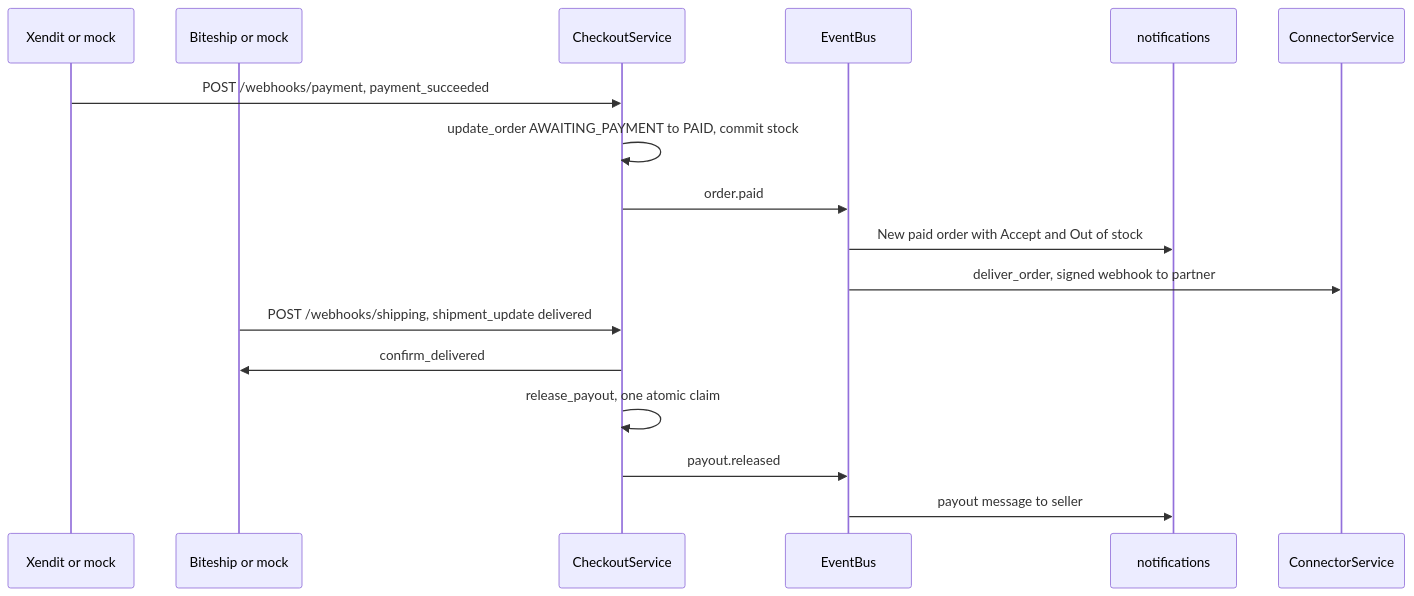
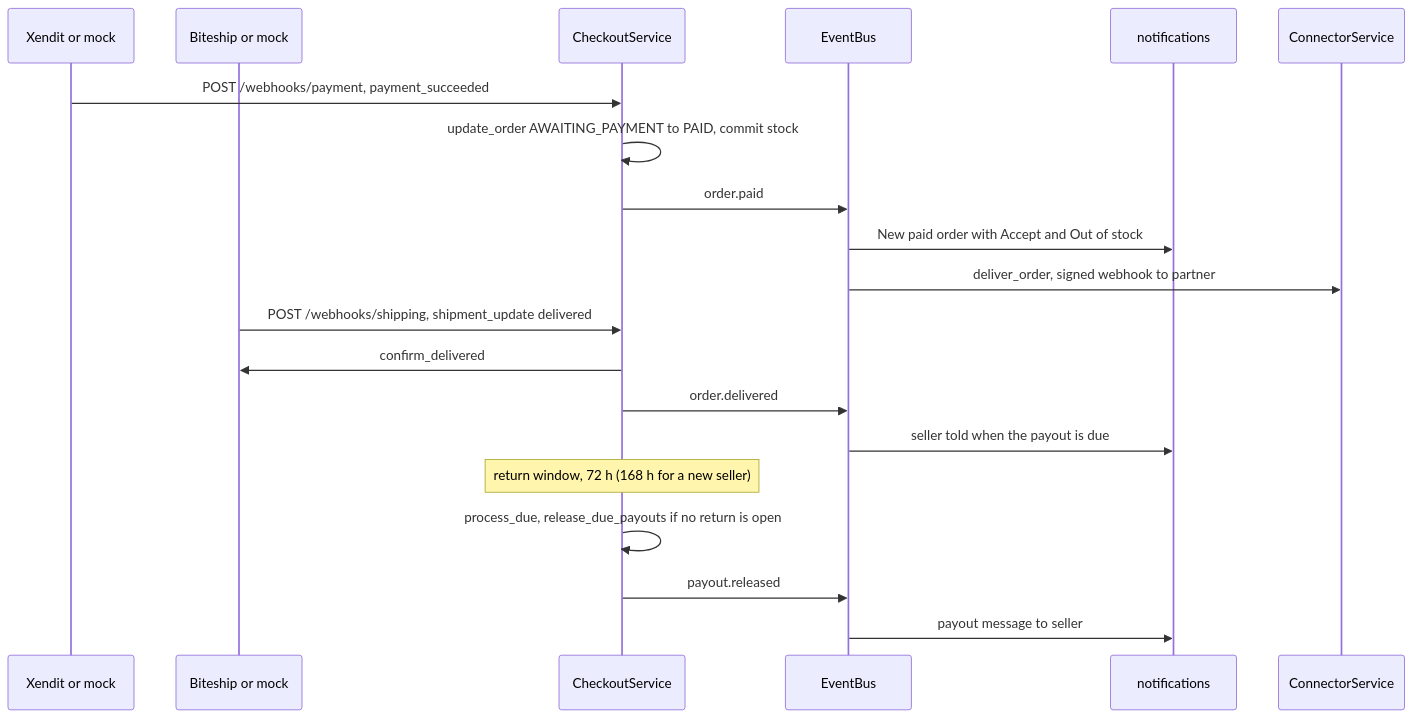
One commit to galihsatriawan/etalase changed the fourth of 5 diagrams in learn/architecture/overview.md. Above: the diagram before and after it, drawn with Mermaid. The commit also changed other lines of this file and 106 other files, not shown here.

````diff
--- a/learn/architecture/overview.md
+++ b/learn/architecture/overview.md
@@ -164,19 +182,22 @@
 ```mermaid
 sequenceDiagram
   participant X as Xendit or mock
   participant B as Biteship or mock
   participant C as CheckoutService
   participant E as EventBus
   participant N as notifications
   participant K as ConnectorService
   X->>C: POST /webhooks/payment, payment_succeeded
   C->>C: update_order AWAITING_PAYMENT to PAID, commit stock
   C->>E: order.paid
   E->>N: New paid order with Accept and Out of stock
   E->>K: deliver_order, signed webhook to partner
   B->>C: POST /webhooks/shipping, shipment_update delivered
   C->>B: confirm_delivered
-  C->>C: release_payout, one atomic claim
+  C->>E: order.delivered
+  E->>N: seller told when the payout is due
+  Note over C: return window, 72 h (168 h for a new seller)
+  C->>C: process_due, release_due_payouts if no return is open
   C->>E: payout.released
   E->>N: payout message to seller
 ```
````
